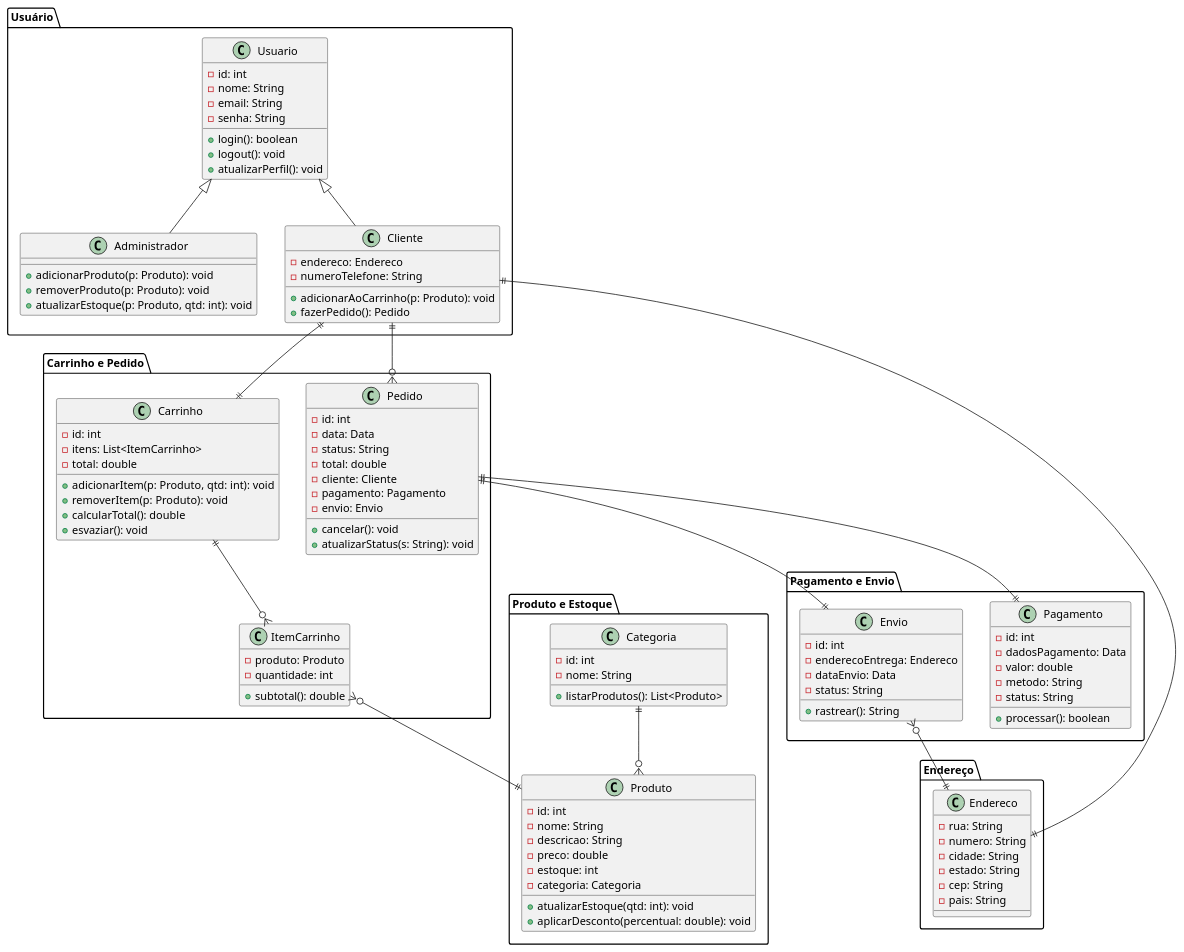
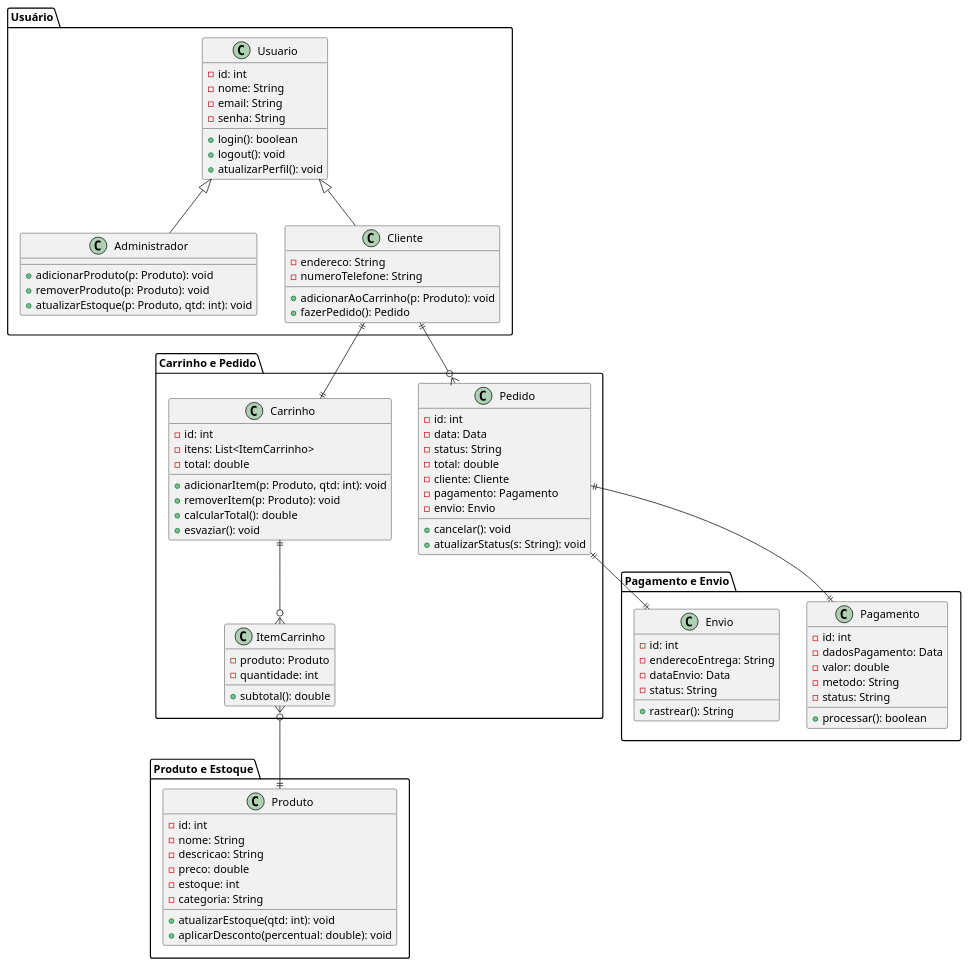
The diagram in docs/codigo fonte diagramas/diagrama-classe-ecommerce.puml (SPD-BES-2025-3/grupo4), drawn with PlantUML before and after one commit. The commit also changed 1 other file, not shown here.

Commit message:
Simplificando o diagrama de classes

```diff
--- a/docs/codigo fonte diagramas/diagrama-classe-ecommerce.puml
+++ b/docs/codigo fonte diagramas/diagrama-classe-ecommerce.puml
@@ -1,123 +1,103 @@
 @startuml Classe
 ' Diagrama de Classes - E-commerce Completo
 
 package "Usuário" {
   class Usuario {
     - id: int
     - nome: String
     - email: String
     - senha: String
     + login(): boolean
     + logout(): void
     + atualizarPerfil(): void
   }
   
   class Administrador {
     + adicionarProduto(p: Produto): void
     + removerProduto(p: Produto): void
     + atualizarEstoque(p: Produto, qtd: int): void
   }
   
   class Cliente {
-    - endereco: Endereco
+    - endereco: String
     - numeroTelefone: String
     + adicionarAoCarrinho(p: Produto): void
     + fazerPedido(): Pedido
-  }
-}
-
-package "Endereço" {
-  class Endereco {
-    - rua: String
-    - numero: String
-    - cidade: String
-    - estado: String
-    - cep: String
-    - pais: String
   }
 }
 
 package "Produto e Estoque" {
   class Produto {
     - id: int
     - nome: String
     - descricao: String
     - preco: double
     - estoque: int
-    - categoria: Categoria
+    - categoria: String
     + atualizarEstoque(qtd: int): void
     + aplicarDesconto(percentual: double): void
-  }
-  
-  class Categoria {
-    - id: int
-    - nome: String
-    + listarProdutos(): List<Produto>
   }
 }
 
 package "Carrinho e Pedido" {
   class Carrinho {
     - id: int
     - itens: List<ItemCarrinho>
     - total: double
     + adicionarItem(p: Produto, qtd: int): void
     + removerItem(p: Produto): void
     + calcularTotal(): double
     + esvaziar(): void
   }
   
   class ItemCarrinho {
     - produto: Produto
     - quantidade: int
     + subtotal(): double
   }
   
   class Pedido {
     - id: int
     - data: Data
     - status: String
     - total: double
     - cliente: Cliente
     - pagamento: Pagamento
     - envio: Envio
     + cancelar(): void
     + atualizarStatus(s: String): void
   }
 }
 
 package "Pagamento e Envio" {
   class Pagamento {
     - id: int
     - dadosPagamento: Data
     - valor: double
     - metodo: String
     - status: String
     + processar(): boolean
   }
   
   class Envio {
     - id: int
-    - enderecoEntrega: Endereco
+    - enderecoEntrega: String
     - dataEnvio: Data
     - status: String
     + rastrear(): String
   }
 }
 
 ' Relações de Herança
 Usuario <|-- Administrador
 Usuario <|-- Cliente
 
 ' Relações de Composição e Agregação
-Cliente ||--|| Endereco
 Cliente ||--|| Carrinho
 Carrinho ||--o{ ItemCarrinho
 ItemCarrinho }o--|| Produto
-Categoria ||--o{ Produto
 Cliente ||--o{ Pedido
 Pedido ||--|| Pagamento
 Pedido ||--|| Envio
-Envio }o--|| Endereco
 
 @enduml
```
